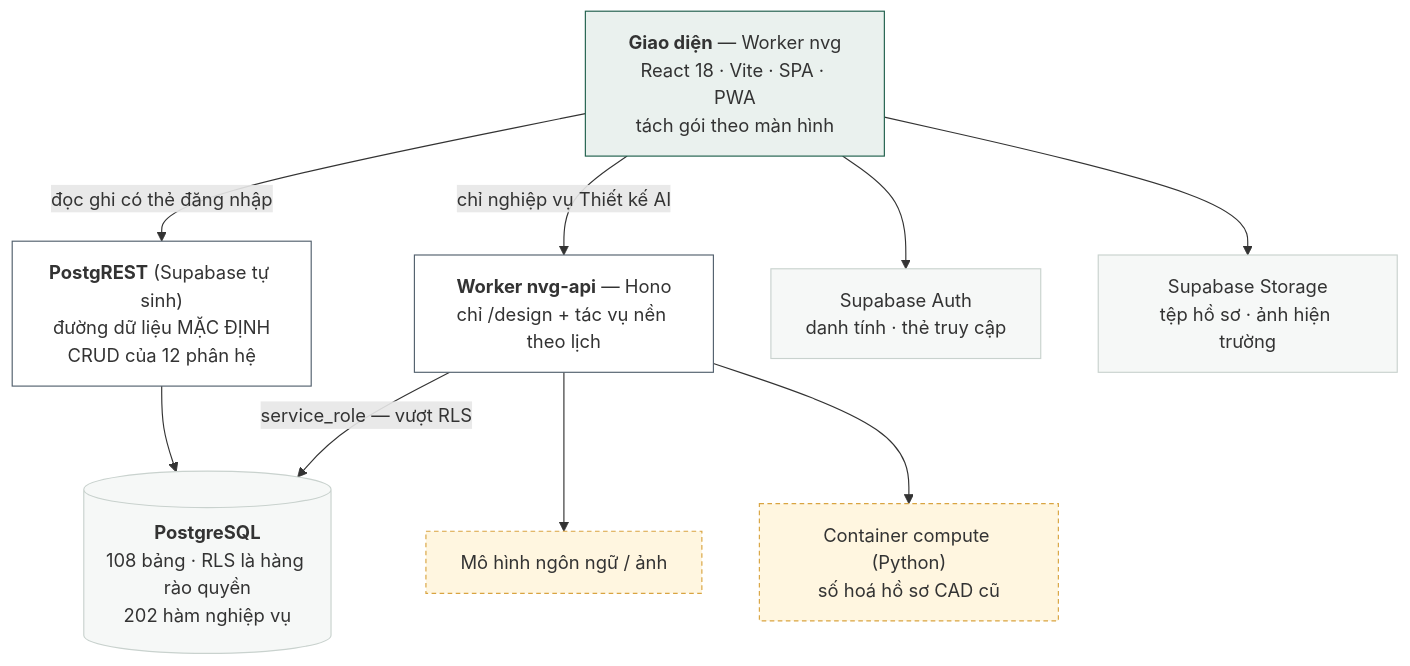
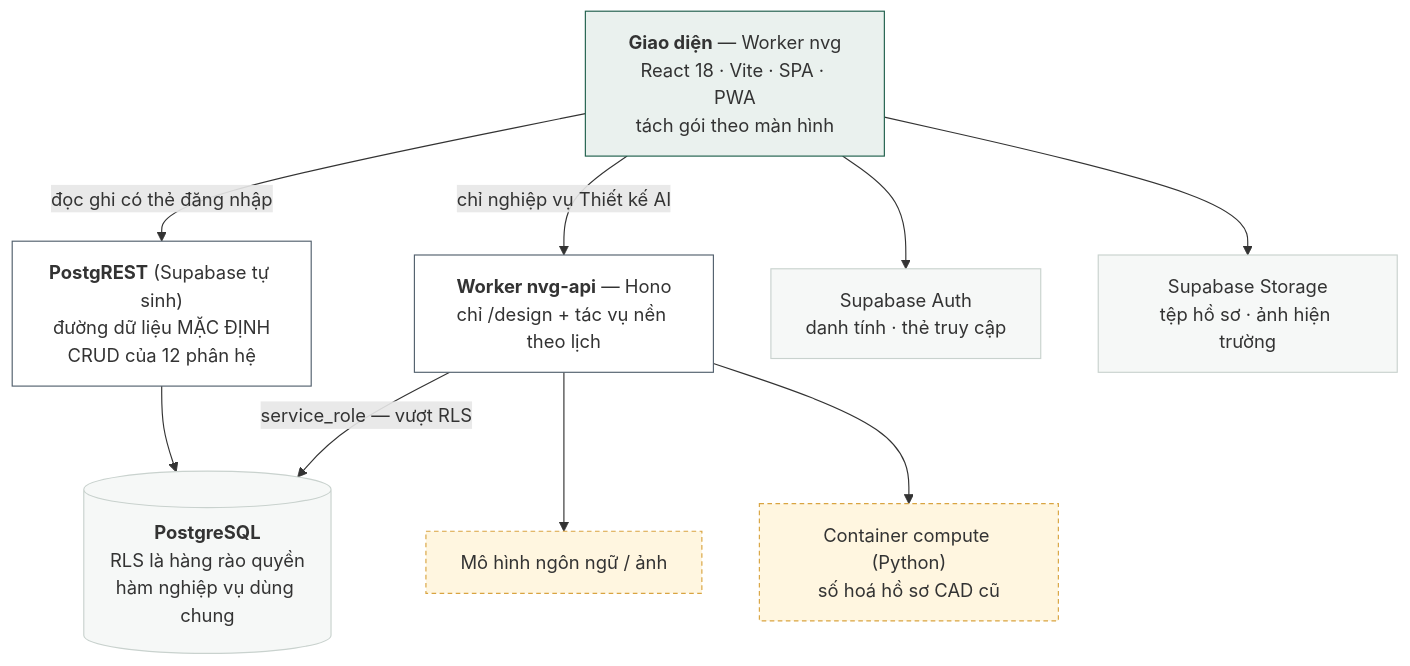
One commit to dungpv1626/NVG-TEST changed the diagram in doc/architecture/diagrams/high-level-architecture.mmd. Above: the diagram before and after it, drawn with Mermaid. The commit also changed 72 other files, not shown here.

First line of the commit message:
Tài liệu kiến trúc và sản phẩm: SAD v2, SDD, ERD, API_SPEC, PRD v2.0, SRS v1.0

```diff
--- a/doc/architecture/diagrams/high-level-architecture.mmd
+++ b/doc/architecture/diagrams/high-level-architecture.mmd
@@ -1,26 +1,26 @@
 graph TD
   classDef fe fill:#EAF1EE,stroke:#1F5F4B;
   classDef be fill:#FFFFFF,stroke:#52606D;
   classDef db fill:#F6F8F7,stroke:#C9D2CE;
   classDef ngoai fill:#FFF6E0,stroke:#D9A441,stroke-dasharray:4 3;
 
   FE["<b>Giao diện</b> — Worker nvg<br/>React 18 · Vite · SPA · PWA<br/>tách gói theo màn hình"]:::fe
 
   PR["<b>PostgREST</b> (Supabase tự sinh)<br/>đường dữ liệu MẶC ĐỊNH<br/>CRUD của 12 phân hệ"]:::be
   WK["<b>Worker nvg-api</b> — Hono<br/>chỉ /design + tác vụ nền theo lịch"]:::be
 
-  PG[("<b>PostgreSQL</b><br/>108 bảng · RLS là hàng rào quyền<br/>202 hàm nghiệp vụ")]:::db
+  PG[("<b>PostgreSQL</b><br/>RLS là hàng rào quyền<br/>hàm nghiệp vụ dùng chung")]:::db
   AU["Supabase Auth<br/>danh tính · thẻ truy cập"]:::db
   ST["Supabase Storage<br/>tệp hồ sơ · ảnh hiện trường"]:::db
 
   LLM["Mô hình ngôn ngữ / ảnh"]:::ngoai
   CPU["Container compute (Python)<br/>số hoá hồ sơ CAD cũ"]:::ngoai
 
   FE -->|"đọc ghi có thẻ đăng nhập"| PR
   FE -->|"chỉ nghiệp vụ Thiết kế AI"| WK
   FE --> AU
   FE --> ST
   PR --> PG
   WK -->|"service_role — vượt RLS"| PG
   WK --> LLM
   WK --> CPU
```
